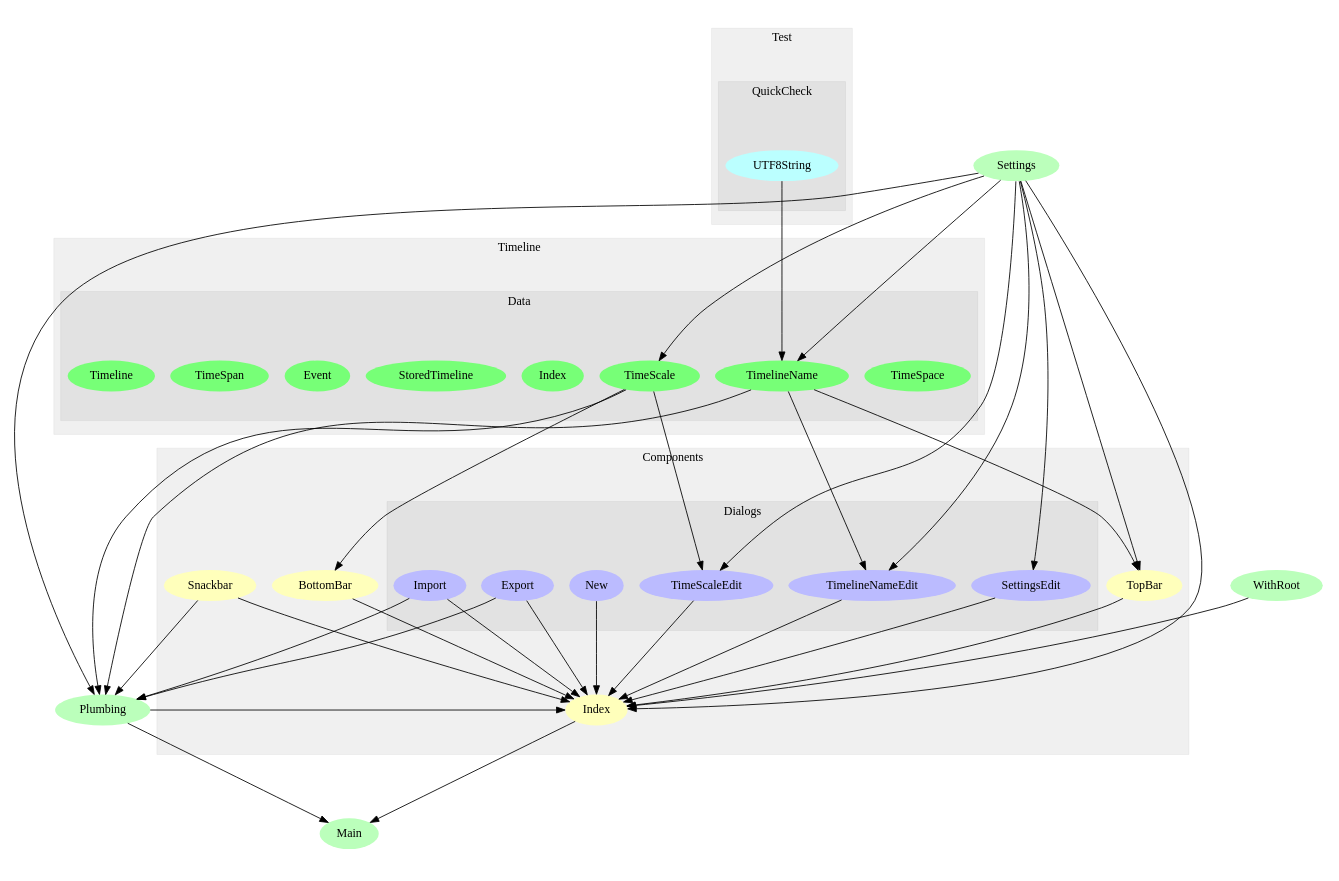
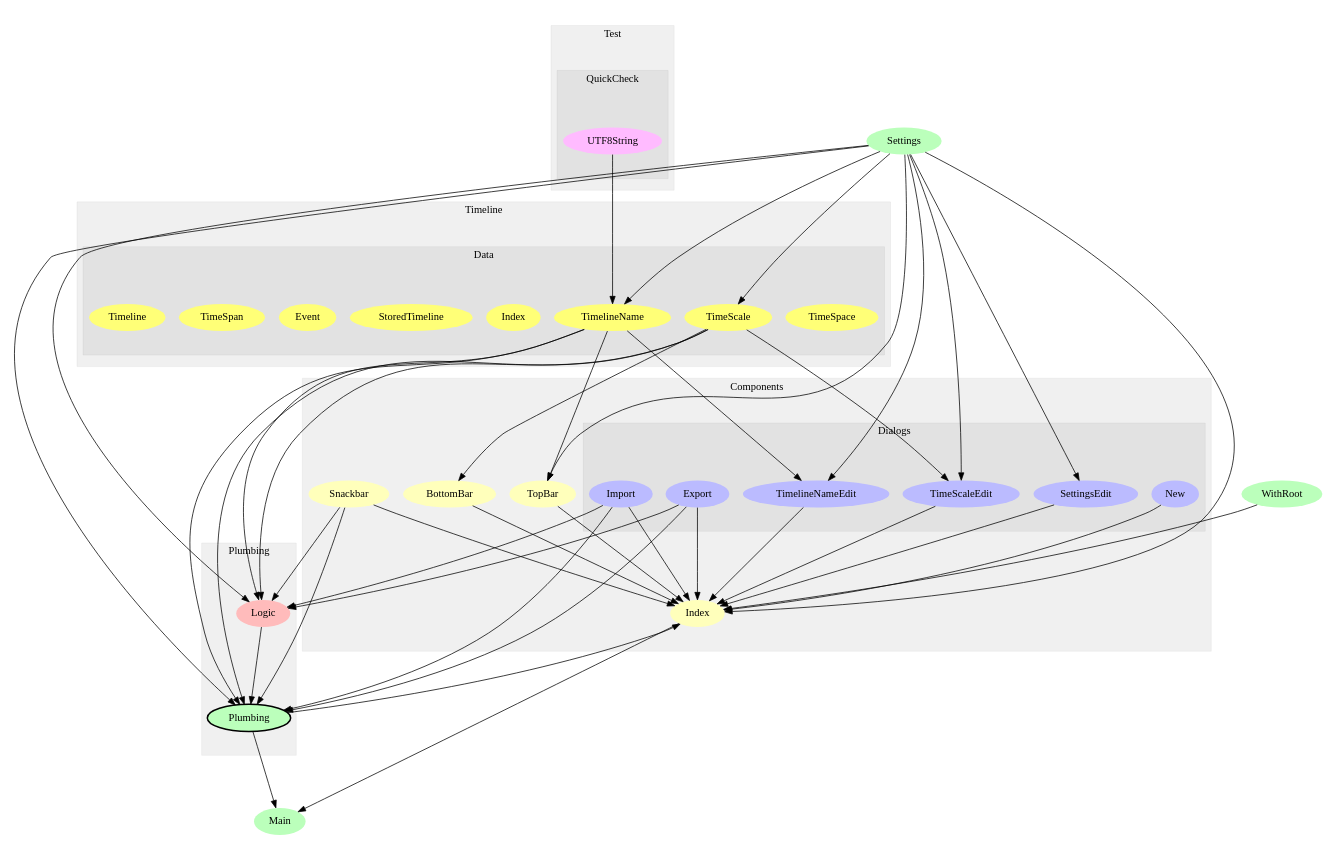
The diagram in modules.dot (openchronology/openchronology.github.io), drawn with Graphviz before and after one commit. The commit also changed 9 other files, not shown here.

Commit message:
moving some logic around, added another graph for signals and queues

```diff
--- a/modules.dot
+++ b/modules.dot
@@ -1,95 +1,109 @@
 digraph Modules {
 size="12,8";
 ratio="fill";
 u10[label="Settings",style="filled",fillcolor="#bbffbb",penwidth="0"];
-u11[label="Plumbing",style="filled",fillcolor="#bbffbb",penwidth="0"];
 u13[label="Main",style="filled",fillcolor="#bbffbb",penwidth="0"];
-u22[label="WithRoot",style="filled",fillcolor="#bbffbb",penwidth="0"];
+u23[label="WithRoot",style="filled",fillcolor="#bbffbb",penwidth="0"];
 subgraph cluster_0 {
 label="Components";
 color="#0000000F";
 style="filled";
 u0[label="BottomBar",style="filled",fillcolor="#ffffbb",penwidth="0"];
 u7[label="TopBar",style="filled",fillcolor="#ffffbb",penwidth="0"];
 u8[label="Index",style="filled",fillcolor="#ffffbb",penwidth="0"];
 u9[label="Snackbar",style="filled",fillcolor="#ffffbb",penwidth="0"];
 subgraph cluster_1 {
 label="Dialogs";
 color="#0000000F";
 style="filled";
 u1[label="Import",style="filled",fillcolor="#bbbbff",penwidth="0"];
 u2[label="SettingsEdit",style="filled",fillcolor="#bbbbff",penwidth="0"];
 u3[label="TimelineNameEdit",style="filled",fillcolor="#bbbbff",penwidth="0"];
 u4[label="TimeScaleEdit",style="filled",fillcolor="#bbbbff",penwidth="0"];
 u5[label="Export",style="filled",fillcolor="#bbbbff",penwidth="0"];
 u6[label="New",style="filled",fillcolor="#bbbbff",penwidth="0"];
 
 }
 
 }
 subgraph cluster_2 {
+label="Plumbing";
+color="#0000000F";
+style="filled";
+u11[label="Plumbing",style="filled,bold",fillcolor="#bbffbb"];
+u22[label="Logic",style="filled",fillcolor="#ffbbbb",penwidth="0"];
+
+}
+subgraph cluster_3 {
 label="Test";
 color="#0000000F";
 style="filled";
-subgraph cluster_3 {
+subgraph cluster_4 {
 label="QuickCheck";
 color="#0000000F";
 style="filled";
-u12[label="UTF8String",style="filled",fillcolor="#bbffff",penwidth="0"];
+u12[label="UTF8String",style="filled",fillcolor="#ffbbff",penwidth="0"];
 
 }
 
 }
-subgraph cluster_4 {
+subgraph cluster_5 {
 label="Timeline";
 color="#0000000F";
 style="filled";
-subgraph cluster_5 {
+subgraph cluster_6 {
 label="Data";
 color="#0000000F";
 style="filled";
-u14[label="TimeSpace",style="filled",fillcolor="#77ff77",penwidth="0"];
-u15[label="TimeScale",style="filled",fillcolor="#77ff77",penwidth="0"];
-u16[label="TimelineName",style="filled",fillcolor="#77ff77",penwidth="0"];
-u17[label="Index",style="filled",fillcolor="#77ff77",penwidth="0"];
-u18[label="StoredTimeline",style="filled",fillcolor="#77ff77",penwidth="0"];
-u19[label="Event",style="filled",fillcolor="#77ff77",penwidth="0"];
-u20[label="TimeSpan",style="filled",fillcolor="#77ff77",penwidth="0"];
-u21[label="Timeline",style="filled",fillcolor="#77ff77",penwidth="0"];
+u14[label="TimeSpace",style="filled",fillcolor="#ffff77",penwidth="0"];
+u15[label="TimeScale",style="filled",fillcolor="#ffff77",penwidth="0"];
+u16[label="TimelineName",style="filled",fillcolor="#ffff77",penwidth="0"];
+u17[label="Index",style="filled",fillcolor="#ffff77",penwidth="0"];
+u18[label="StoredTimeline",style="filled",fillcolor="#ffff77",penwidth="0"];
+u19[label="Event",style="filled",fillcolor="#ffff77",penwidth="0"];
+u20[label="TimeSpan",style="filled",fillcolor="#ffff77",penwidth="0"];
+u21[label="Timeline",style="filled",fillcolor="#ffff77",penwidth="0"];
 
 }
 
 }
 u15 -> u0;
 u10 -> u2;
 u10 -> u3;
 u16 -> u3;
 u10 -> u4;
 u15 -> u4;
 u10 -> u7;
 u16 -> u7;
 u0 -> u8;
 u1 -> u8;
 u2 -> u8;
 u3 -> u8;
 u4 -> u8;
 u5 -> u8;
 u6 -> u8;
 u7 -> u8;
 u9 -> u8;
 u10 -> u8;
 u11 -> u8;
-u22 -> u8;
+u23 -> u8;
 u1 -> u11;
 u5 -> u11;
 u9 -> u11;
 u10 -> u11;
 u15 -> u11;
 u16 -> u11;
+u22 -> u11;
 u8 -> u13;
 u11 -> u13;
 u10 -> u15;
 u10 -> u16;
 u12 -> u16;
+u1 -> u22;
+u5 -> u22;
+u9 -> u22;
+u10 -> u22;
+u15 -> u22;
+u16 -> u22;
 
 }
```
